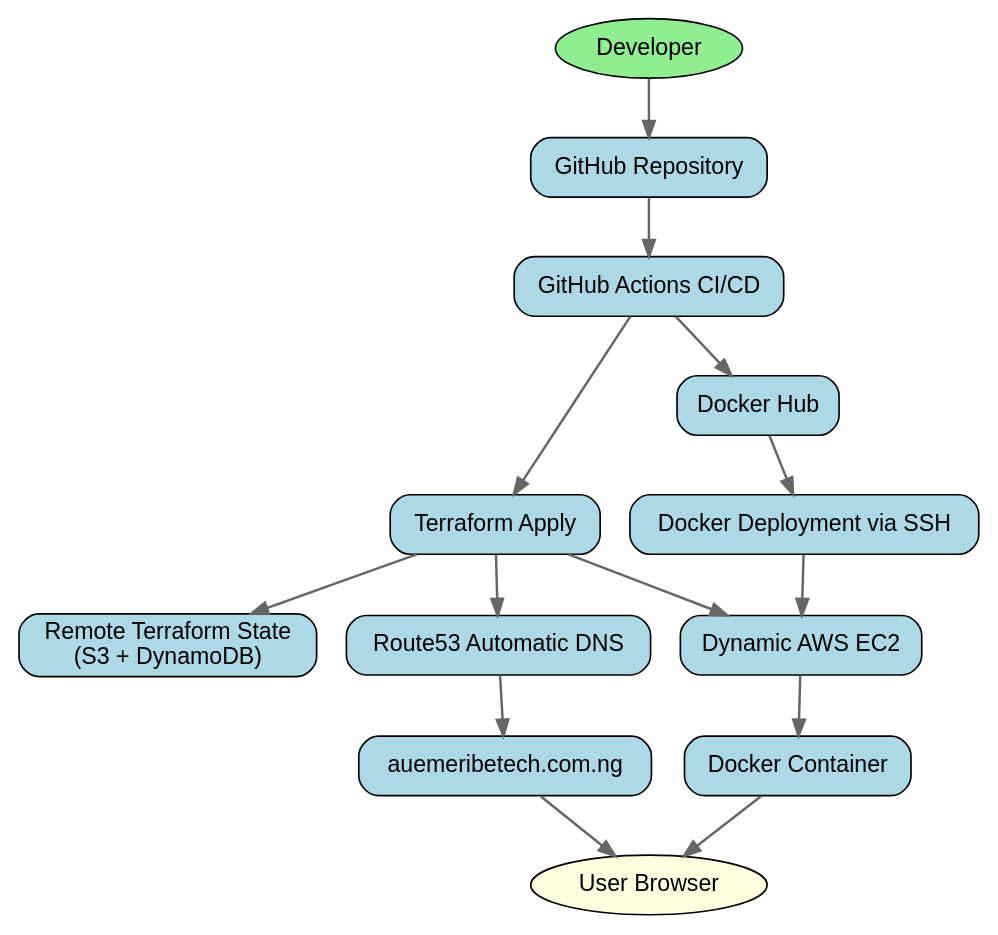
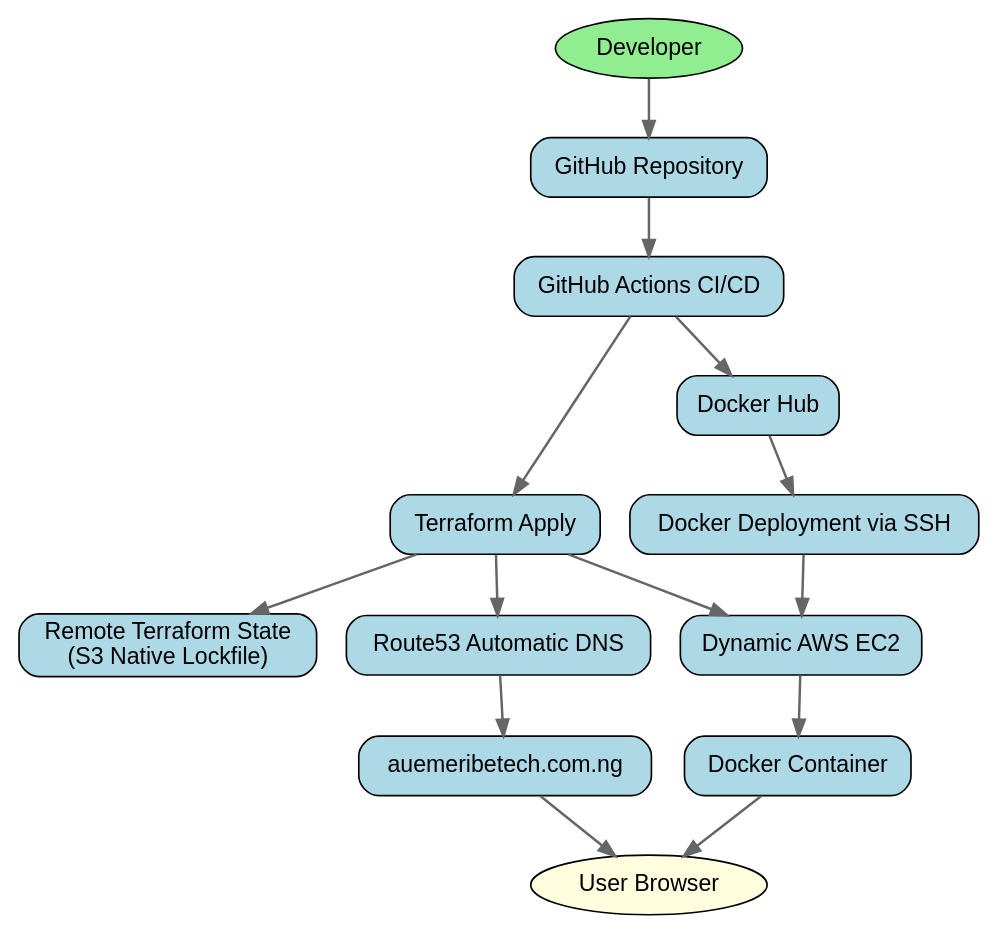
Before and after one commit to uchennaemeribe/containerized-app-terraform-cicd: the diagram in docs/architecture.dot, drawn with Graphviz. The commit also changed 26 other files, not shown here.

```diff
--- a/docs/architecture.dot
+++ b/docs/architecture.dot
@@ -1,69 +1,69 @@
 digraph G {
 
   rankdir=TB;
 
   bgcolor="white";
 
   node [
     shape=box,
     style="rounded,filled",
     fillcolor=lightblue,
     color=black,
     fontname="Helvetica"
   ];
 
   edge [
     color=gray40,
     penwidth=1.5
   ];
 
   Developer [shape=oval, fillcolor=lightgreen];
 
   GitHub [label="GitHub Repository"];
 
   GitHubActions [label="GitHub Actions CI/CD"];
 
   Terraform [label="Terraform Apply"];
 
-  RemoteState [label="Remote Terraform State\n(S3 + DynamoDB)"];
+  RemoteState [label="Remote Terraform State\n(S3 Native Lockfile)"];
 
   EC2 [label="Dynamic AWS EC2"];
 
   Route53 [label="Route53 Automatic DNS"];
 
   DockerHub [label="Docker Hub"];
 
   DockerDeploy [label="Docker Deployment via SSH"];
 
   Container [label="Docker Container"];
 
   Domain [label="auemeribetech.com.ng"];
 
   Browser [label="User Browser", shape=oval, fillcolor=lightyellow];
 
   Developer -> GitHub;
 
   GitHub -> GitHubActions;
 
   GitHubActions -> Terraform;
 
   Terraform -> RemoteState;
 
   Terraform -> EC2;
 
   GitHubActions -> DockerHub;
 
   DockerHub -> DockerDeploy;
 
   DockerDeploy -> EC2;
 
   EC2 -> Container;
 
   Terraform -> Route53;
 
   Route53 -> Domain;
 
   Domain -> Browser;
 
   Container -> Browser;
 }
```
